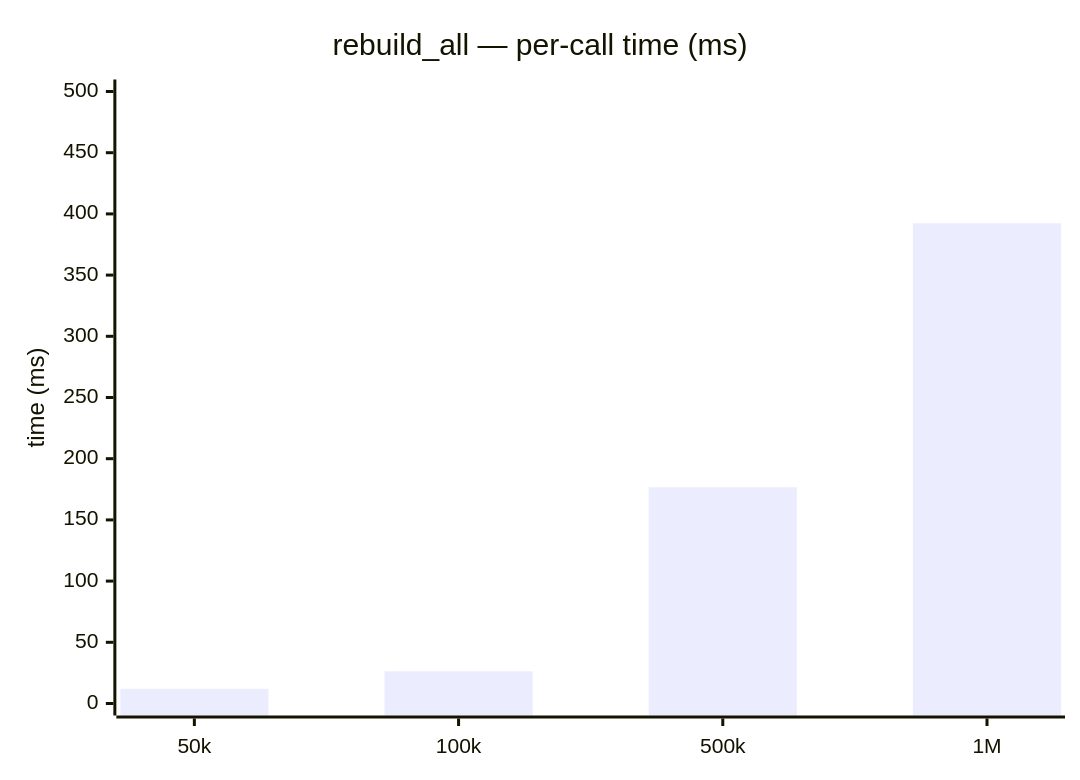
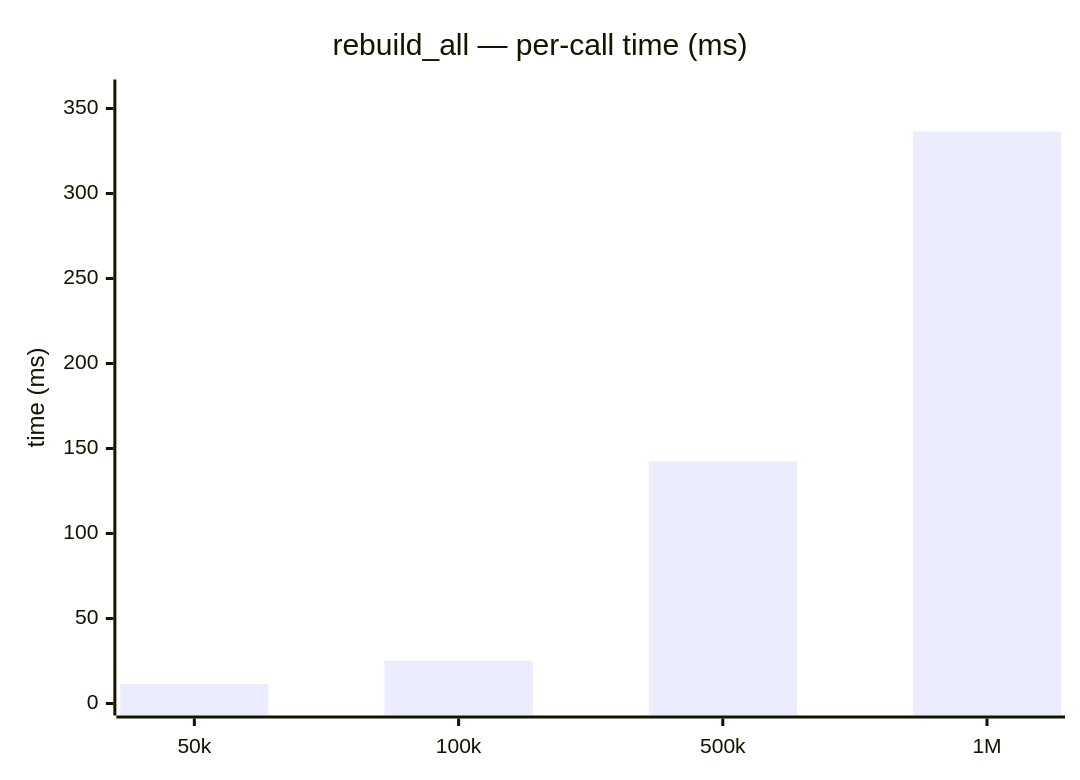
One commit to dch4o/copse changed the second of 2 diagrams in docs/benchmark/rebuild.md. Above: the diagram before and after it, drawn with Mermaid. The commit also changed other lines of this file and 4 other files, not shown here.

````diff
--- a/docs/benchmark/rebuild.md
+++ b/docs/benchmark/rebuild.md
@@ -55,7 +55,7 @@
 ```mermaid
 xychart-beta
     title "rebuild_all — per-call time (ms)"
     x-axis [50k, 100k, 500k, 1M]
-    y-axis "time (ms)" 0 --> 500
-    bar [12.00, 26.27, 176.63, 392.33]
+    y-axis "time (ms)" 0 --> 360
+    bar [11.41, 25.08, 142.48, 336.45]
 ```
````
